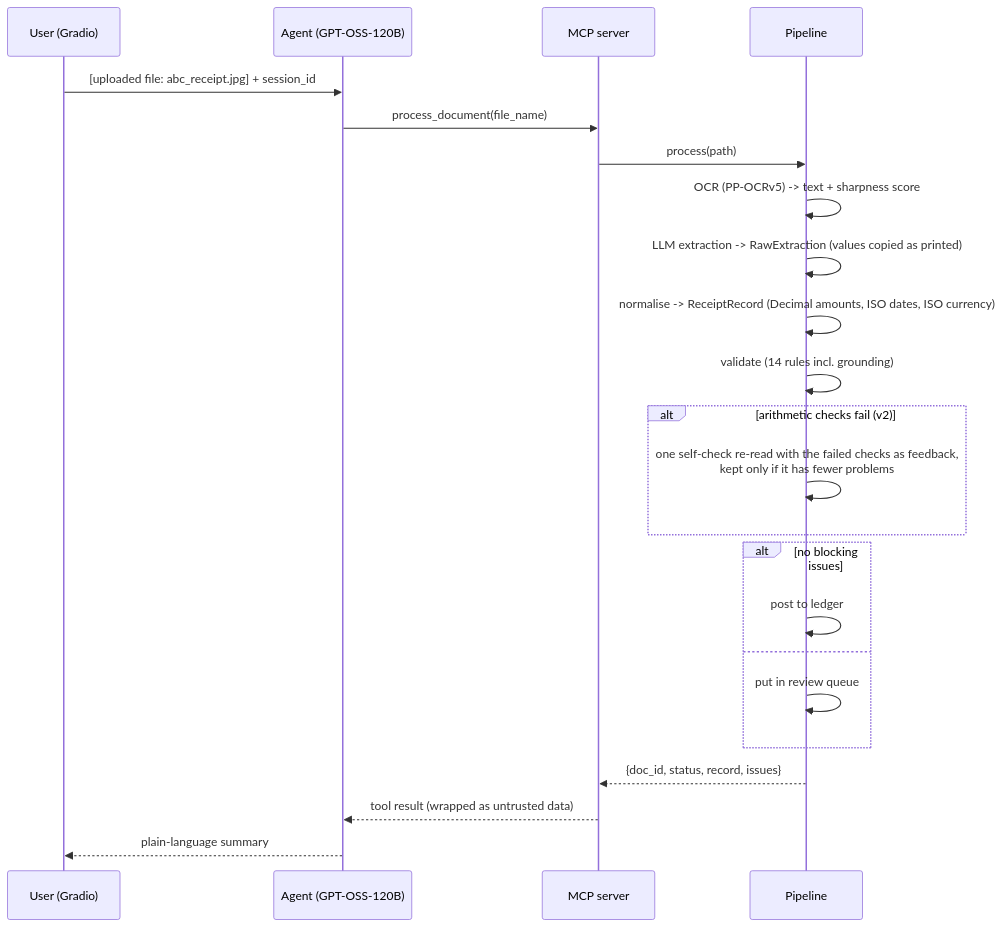
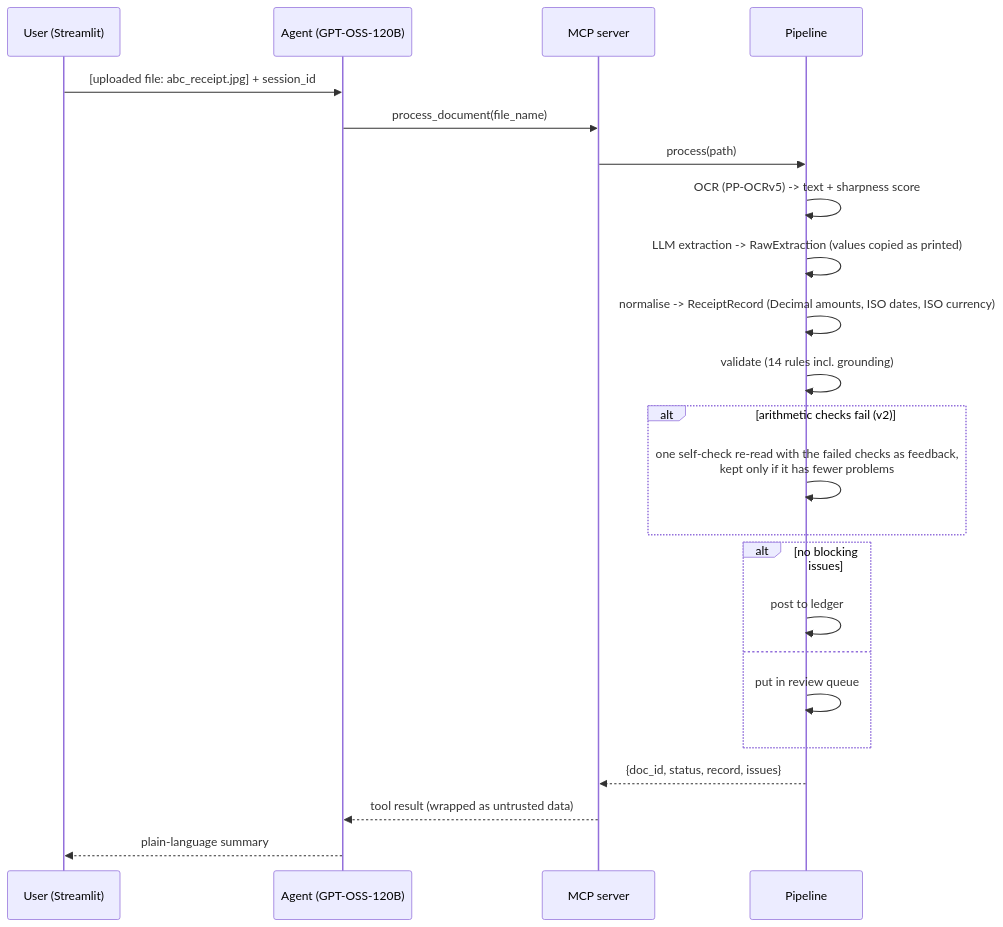
One commit to Shandilya25/Invoice-and-Receipt-Extraction-Agent changed the first of 2 diagrams in DESIGN.md. Above: the diagram before and after it, drawn with Mermaid. The commit also changed other lines of this file and 2 other files, not shown here.

````diff
--- a/DESIGN.md
+++ b/DESIGN.md
@@ -11,25 +11,25 @@
 ```mermaid
 sequenceDiagram
-    participant U as User (Gradio)
+    participant U as User (Streamlit)
     participant A as Agent (GPT-OSS-120B)
     participant S as MCP server
     participant P as Pipeline
     U->>A: [uploaded file: abc_receipt.jpg] + session_id
     A->>S: process_document(file_name)
     S->>P: process(path)
     P->>P: OCR (PP-OCRv5) -> text + sharpness score
     P->>P: LLM extraction -> RawExtraction (values copied as printed)
     P->>P: normalise -> ReceiptRecord (Decimal amounts, ISO dates, ISO currency)
     P->>P: validate (14 rules incl. grounding)
     alt arithmetic checks fail (v2)
         P->>P: one self-check re-read with the failed checks as feedback,<br/>kept only if it has fewer problems
     end
     alt no blocking issues
         P->>P: post to ledger
     else
         P->>P: put in review queue
     end
     P-->>S: {doc_id, status, record, issues}
     S-->>A: tool result (wrapped as untrusted data)
     A-->>U: plain-language summary
 ```
````
